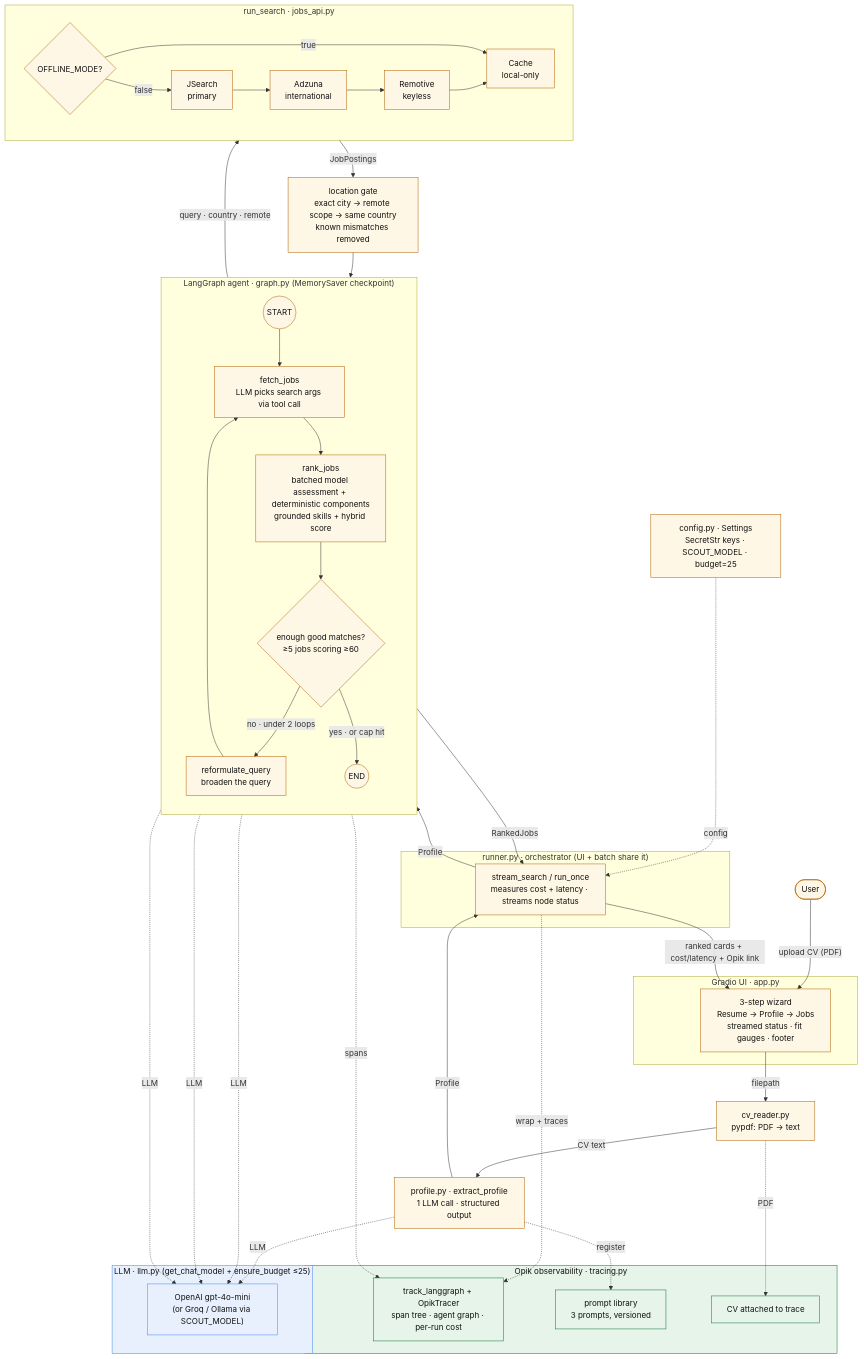
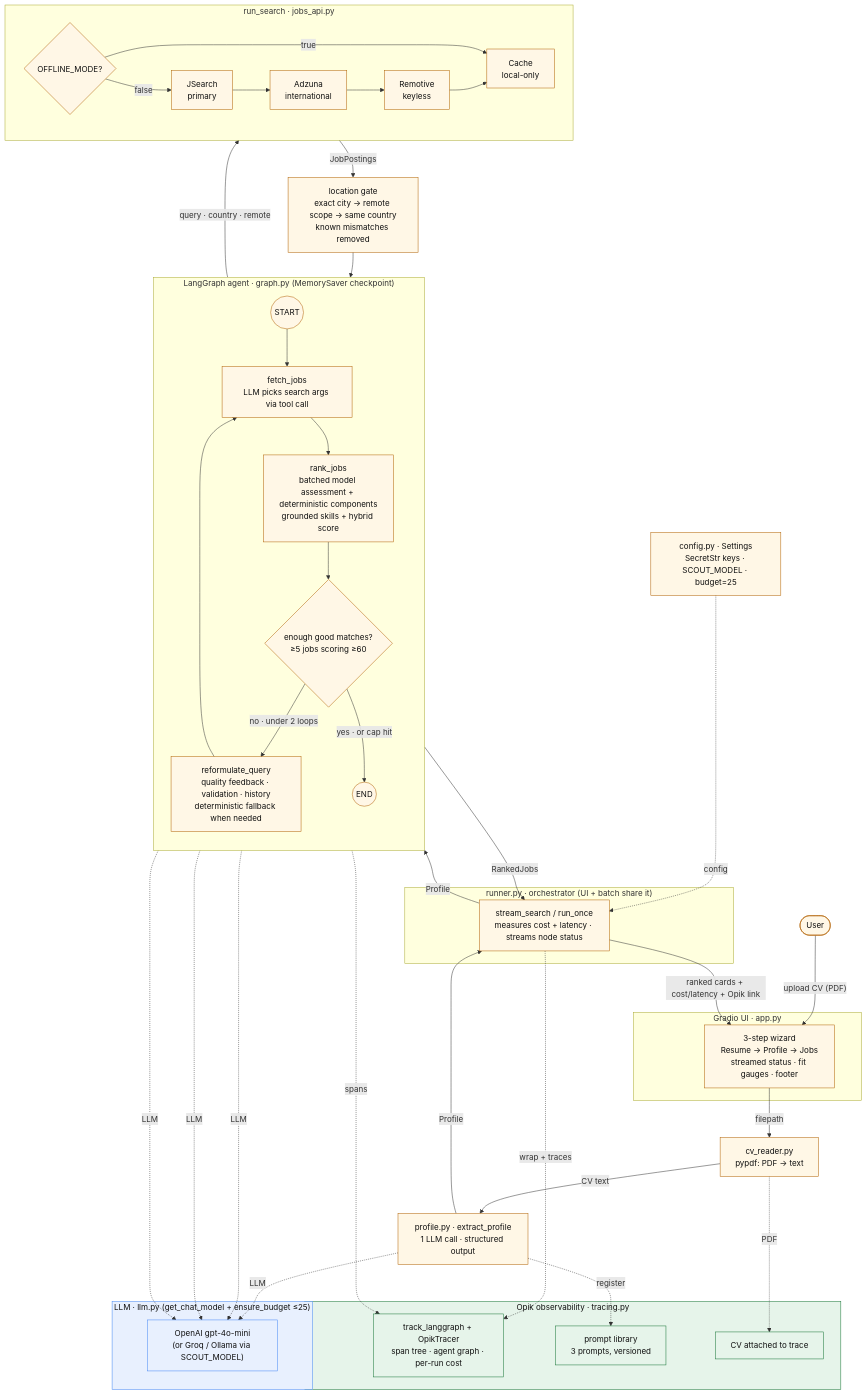
The diagram in docs/architecture.md (exitLQ/the-agent-that-got-me-rejected), drawn with Mermaid before and after one commit. The commit also changed other lines of this file and 15 other files, not shown here.

````diff
--- a/docs/architecture.md
+++ b/docs/architecture.md
@@ -11,68 +11,68 @@
 ```mermaid
 flowchart TB
   U(["User"]) -->|"upload CV (PDF)"| UI
 
   subgraph UI_L["Gradio UI · app.py"]
     UI["3-step wizard<br/>Resume → Profile → Jobs<br/>streamed status · fit gauges · footer"]
   end
 
   UI -->|"filepath"| CVR["cv_reader.py<br/>pypdf: PDF → text"]
   CVR -->|"CV text"| EP["profile.py · extract_profile<br/>1 LLM call · structured output"]
   EP -->|"Profile"| RUN
 
   subgraph ORCH["runner.py · orchestrator (UI + batch share it)"]
     RUN["stream_search / run_once<br/>measures cost + latency · streams node status"]
   end
 
   RUN -->|"Profile"| G
 
   subgraph G["LangGraph agent · graph.py (MemorySaver checkpoint)"]
     direction TB
     S((START)) --> FJ
     FJ["fetch_jobs<br/>LLM picks search args via tool call"] --> RJ
     RJ["rank_jobs<br/>batched model assessment + deterministic components<br/>grounded skills + hybrid score"] --> D{"enough good matches?<br/>≥5 jobs scoring ≥60"}
-    D -->|"no · under 2 loops"| RQ["reformulate_query<br/>broaden the query"]
+    D -->|"no · under 2 loops"| RQ["reformulate_query<br/>quality feedback · validation · history<br/>deterministic fallback when needed"]
     RQ --> FJ
     D -->|"yes · or cap hit"| E((END))
   end
 
   FJ -->|"query · country · remote"| SRCH
   subgraph SRCH["run_search · jobs_api.py"]
     direction LR
     MODE{"OFFLINE_MODE?"} -->|"true"| CA["Cache<br/>local-only"]
     MODE -->|"false"| JS["JSearch<br/>primary"]
     JS --> AZ["Adzuna<br/>international"] --> RM["Remotive<br/>keyless"] --> CA
   end
   SRCH -->|"JobPostings"| LOC["location gate<br/>exact city → remote scope → same country<br/>known mismatches removed"]
   LOC --> RJ
 
   E -->|"RankedJobs"| RUN
   RUN -->|"ranked cards + cost/latency + Opik link"| UI
 
   subgraph LLM_L["LLM · llm.py (get_chat_model + ensure_budget ≤25)"]
     OA["OpenAI gpt-4o-mini<br/>(or Groq / Ollama via SCOUT_MODEL)"]
   end
   EP -. "LLM" .-> OA
   FJ -. "LLM" .-> OA
   RJ -. "LLM" .-> OA
   RQ -. "LLM" .-> OA
 
   subgraph OBS["Opik observability · tracing.py"]
     TR["track_langgraph + OpikTracer<br/>span tree · agent graph · per-run cost"]
     PL["prompt library<br/>3 prompts, versioned"]
     AT["CV attached to trace"]
   end
   RUN -. "wrap + traces" .-> TR
   G -. "spans" .-> TR
   EP -. "register" .-> PL
   CVR -. "PDF" .-> AT
 
   CFG["config.py · Settings<br/>SecretStr keys · SCOUT_MODEL · budget=25"] -. "config" .-> RUN
 
   classDef llm fill:#e8f0fe,stroke:#4285f4,color:#111;
   classDef obs fill:#e6f4ea,stroke:#137333,color:#111;
   classDef node fill:#fff7e6,stroke:#b06000,color:#111;
   class OA,LLM_L llm;
   class TR,PL,AT,OBS obs;
   class FJ,RJ,RQ node;
 ```
````
